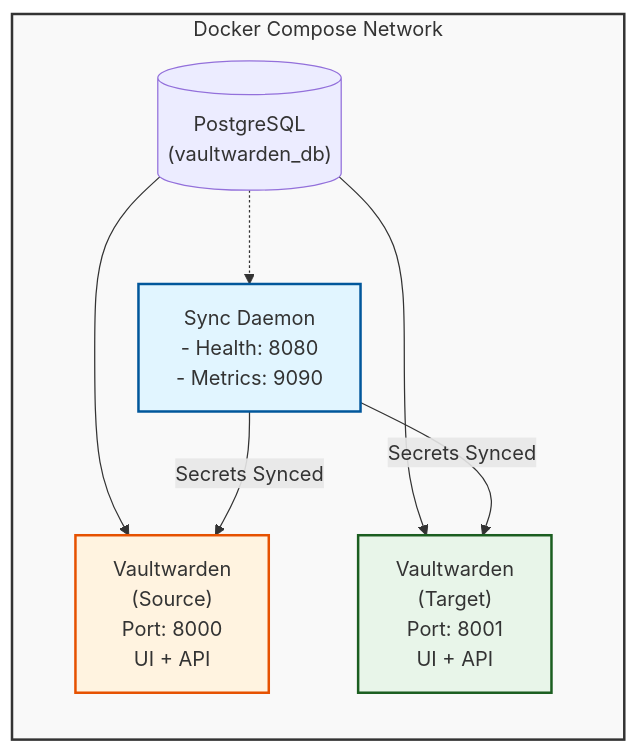
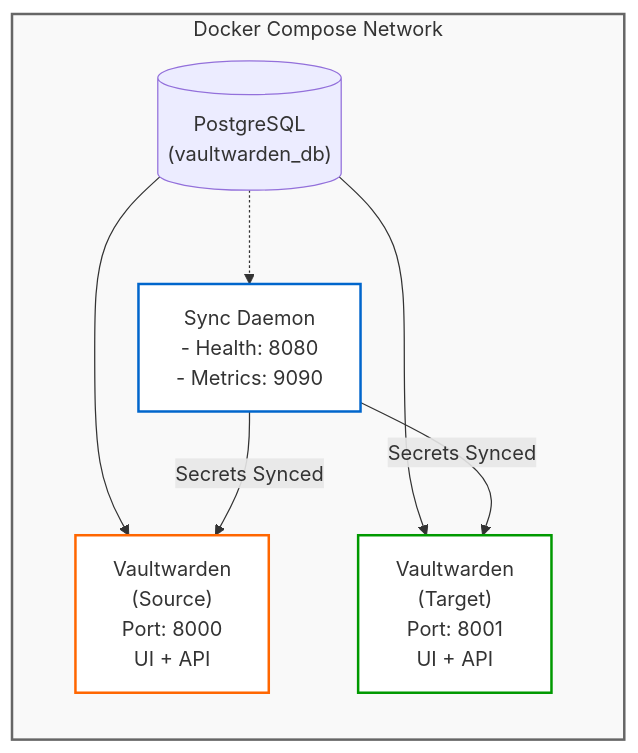
The diagram in docs/development/testing.md (pacorreia/vaults-syncer), drawn with Mermaid before and after one commit. The commit also changed 2 other files, not shown here.

Commit message:
Improve diagram readability with better color contrast

````diff
--- a/docs/development/testing.md
+++ b/docs/development/testing.md
@@ -18,26 +18,26 @@
 ```mermaid
 graph TB
     subgraph network["Docker Compose Network"]
         direction TB
         
         postgres[("PostgreSQL<br/>(vaultwarden_db)")]
         
         daemon["Sync Daemon<br/>- Health: 8080<br/>- Metrics: 9090"]
         
         postgres -.-> daemon
         
         source["Vaultwarden<br/>(Source)<br/>Port: 8000<br/>UI + API"]
         target["Vaultwarden<br/>(Target)<br/>Port: 8001<br/>UI + API"]
         
         postgres --> source
         postgres --> target
         
         daemon -->|Secrets Synced| source
         daemon -->|Secrets Synced| target
     end
     
-    style network fill:#f9f9f9,stroke:#333,stroke-width:2px
-    style daemon fill:#e1f5ff,stroke:#01579b,stroke-width:2px
-    style source fill:#fff3e0,stroke:#e65100,stroke-width:2px
-    style target fill:#e8f5e9,stroke:#1b5e20,stroke-width:2px
+    style network fill:#f9f9f9,stroke:#666,stroke-width:2px
+    style daemon fill:#fff,stroke:#0066cc,stroke-width:2px
+    style source fill:#fff,stroke:#ff6600,stroke-width:2px
+    style target fill:#fff,stroke:#009900,stroke-width:2px
 ```
````
